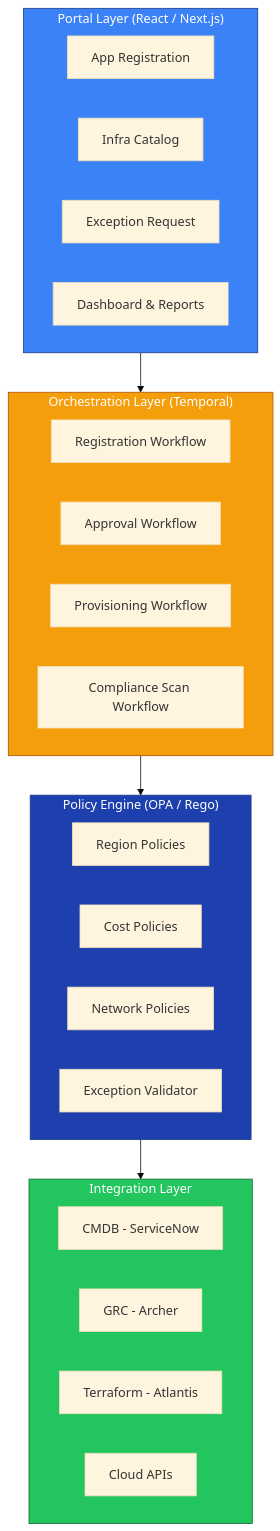
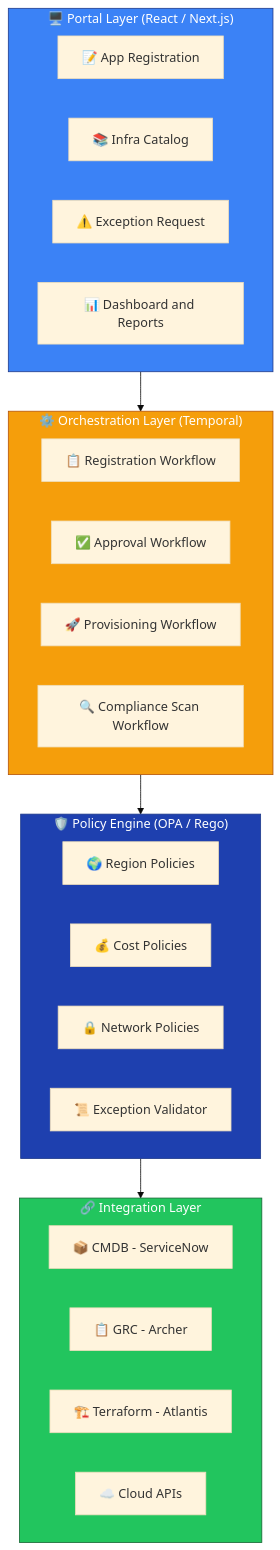
The diagram in README.md (lvonguyen/cloudforge), drawn with Mermaid before and after one commit.

Commit message:
feat: add emoji icons to CloudForge Mermaid architecture diagram

````diff
--- a/README.md
+++ b/README.md
@@ -32,39 +32,39 @@
 ```mermaid
 %%{init: {'theme': 'base', 'themeVariables': {'fontFamily': 'Georgia'}}}%%
 flowchart TB
-    subgraph Portal["Portal Layer (React / Next.js)"]
+    subgraph Portal["🖥️ Portal Layer (React / Next.js)"]
         style Portal fill:#3b82f6,stroke:#1e3a8a,color:#fff
-        A1[App Registration]
-        A2[Infra Catalog]
-        A3[Exception Request]
-        A4[Dashboard & Reports]
+        A1["📝 App Registration"]
+        A2["📚 Infra Catalog"]
+        A3["⚠️ Exception Request"]
+        A4["📊 Dashboard and Reports"]
     end
 
-    subgraph Orchestration["Orchestration Layer (Temporal)"]
+    subgraph Orchestration["⚙️ Orchestration Layer (Temporal)"]
         style Orchestration fill:#f59e0b,stroke:#b45309,color:#fff
-        B1[Registration Workflow]
-        B2[Approval Workflow]
-        B3[Provisioning Workflow]
-        B4[Compliance Scan Workflow]
+        B1["📋 Registration Workflow"]
+        B2["✅ Approval Workflow"]
+        B3["🚀 Provisioning Workflow"]
+        B4["🔍 Compliance Scan Workflow"]
     end
 
-    subgraph Policy["Policy Engine (OPA / Rego)"]
+    subgraph Policy["🛡️ Policy Engine (OPA / Rego)"]
         style Policy fill:#1e40af,stroke:#1e3a8a,color:#fff
-        C1[Region Policies]
-        C2[Cost Policies]
-        C3[Network Policies]
-        C4[Exception Validator]
+        C1["🌍 Region Policies"]
+        C2["💰 Cost Policies"]
+        C3["🔒 Network Policies"]
+        C4["📜 Exception Validator"]
     end
 
-    subgraph Integration["Integration Layer"]
+    subgraph Integration["🔗 Integration Layer"]
         style Integration fill:#22c55e,stroke:#166534,color:#fff
-        D1[CMDB - ServiceNow]
-        D2[GRC - Archer]
-        D3[Terraform - Atlantis]
-        D4[Cloud APIs]
+        D1["📦 CMDB - ServiceNow"]
+        D2["📋 GRC - Archer"]
+        D3["🏗️ Terraform - Atlantis"]
+        D4["☁️ Cloud APIs"]
     end
 
     Portal --> Orchestration
     Orchestration --> Policy
     Policy --> Integration
 ```
````
